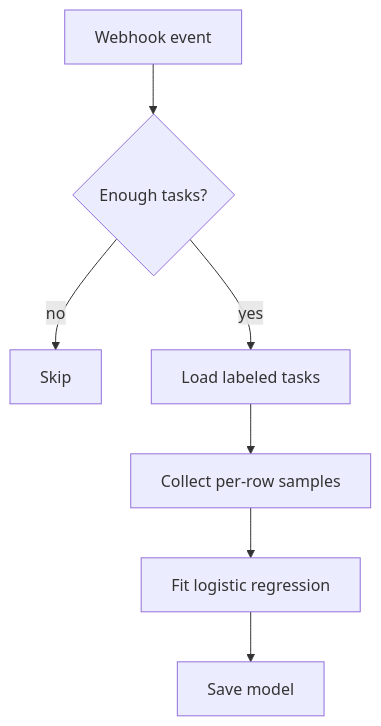
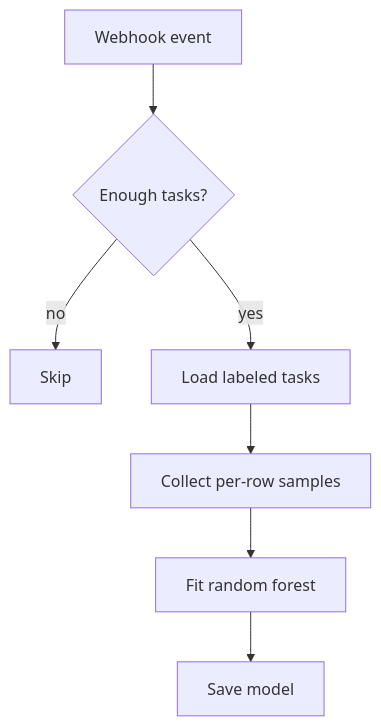
The first of 2 diagrams in label_studio_ml/examples/timeseries_segmenter/README.md (HumanSignal/label-studio-ml-backend), drawn with Mermaid before and after one commit. The commit also changed other lines of this file and 3 other files, not shown here.

````diff
--- a/label_studio_ml/examples/timeseries_segmenter/README.md
+++ b/label_studio_ml/examples/timeseries_segmenter/README.md
@@ -79,9 +79,9 @@
 ```mermaid
 flowchart TD
   A[Webhook event] --> B{Enough tasks?}
   B -- no --> C[Skip]
   B -- yes --> D[Load labeled tasks]
   D --> E[Collect per-row samples]
-  E --> F[Fit logistic regression]
+  E --> F[Fit random forest]
   F --> G[Save model]
 ```
````
